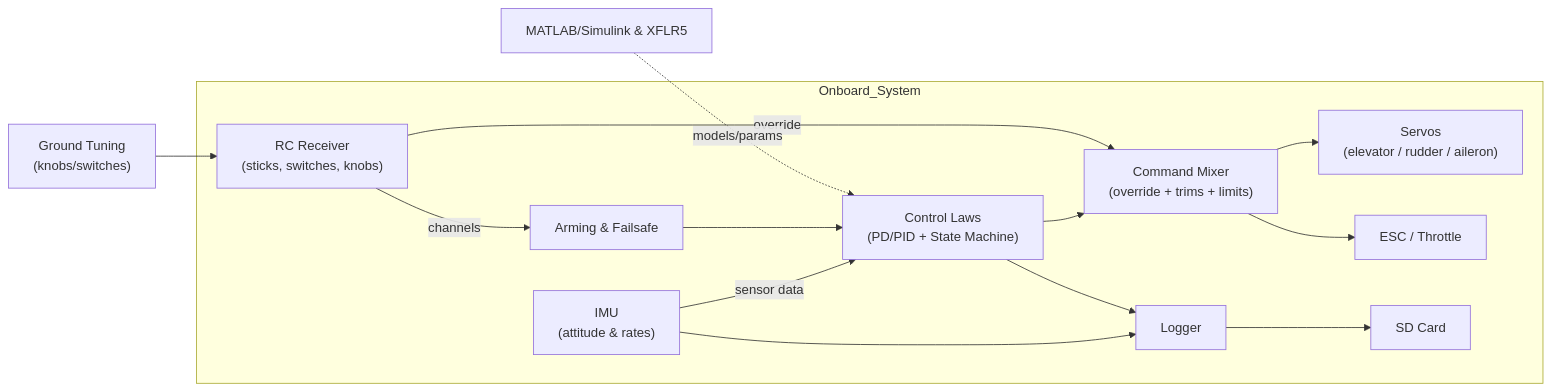
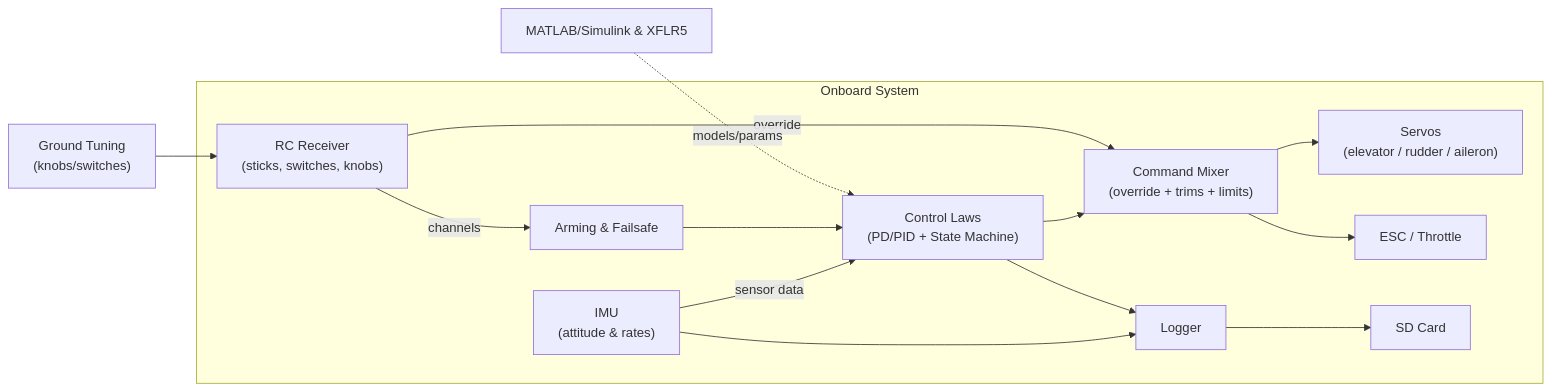
The diagram in README.md (mdleonesio/summer-plane-portfolio), drawn with Mermaid before and after one commit. The commit also changed other lines of this file, not shown here.

````diff
--- a/README.md
+++ b/README.md
@@ -47,31 +47,31 @@
 ```mermaid
 flowchart LR
-  subgraph Onboard_System
+  subgraph Onboard System
     IMU["IMU<br/>(attitude & rates)"]
     RC["RC Receiver<br/>(sticks, switches, knobs)"]
     Control["Control Laws<br/>(PD/PID + State Machine)"]
     Mixer["Command Mixer<br/>(override + trims + limits)"]
     Servos["Servos<br/>(elevator / rudder / aileron)"]
     ESC["ESC / Throttle"]
     Logger["Logger"]
     SD["SD Card"]
     Health["Arming & Failsafe"]
   end
 
   IMU -->|sensor data| Control
   RC -->|channels| Health
   Health --> Control
   Control --> Mixer
   RC -->|override| Mixer
   Mixer --> Servos
   Mixer --> ESC
 
   %% Logging
   IMU --> Logger
   Control --> Logger
   Logger --> SD
 
   %% Offboard sources (dashed)
   Sim["MATLAB/Simulink & XFLR5"] -. "models/params" .-> Control
   Tuning["Ground Tuning<br/>(knobs/switches)"] --> RC
 ```
````
